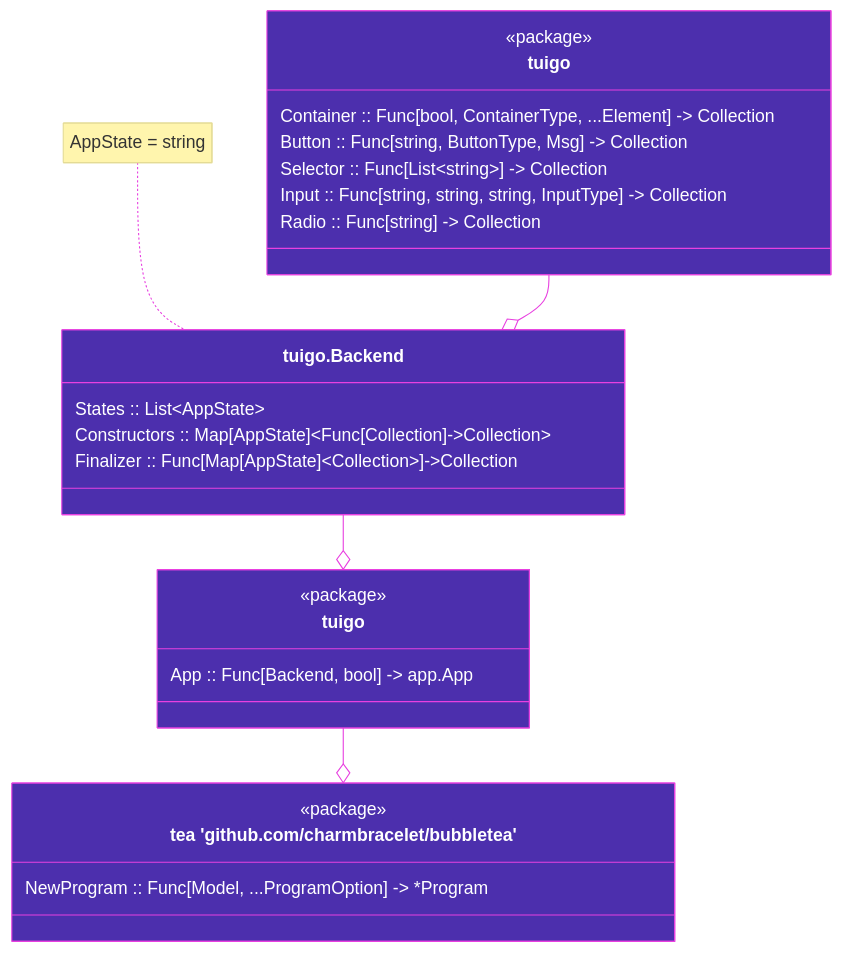
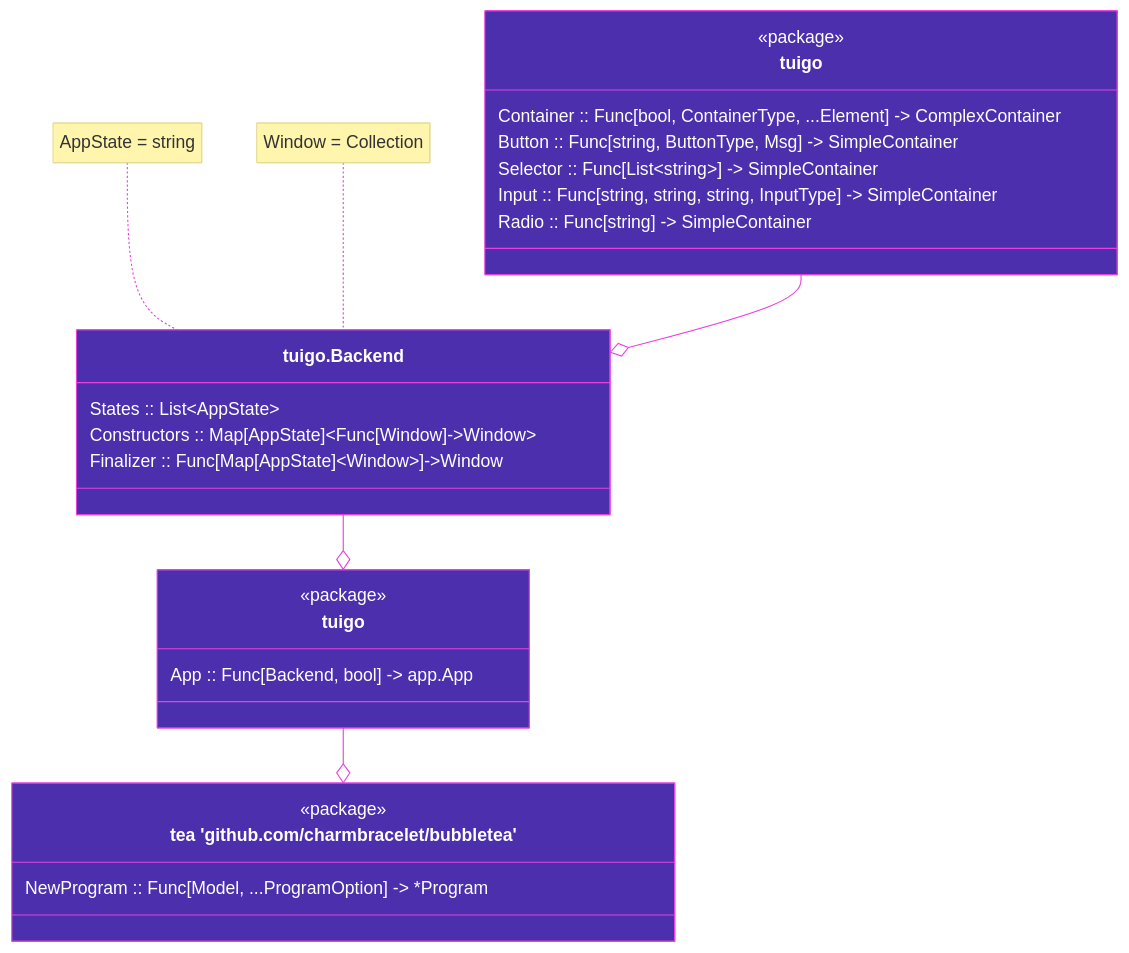
One commit to haykh/tuigo changed the first of 3 diagrams in README.md. Above: the diagram before and after it, drawn with Mermaid. The commit also changed other lines of this file and 20 other files, not shown here.

Commit message:
simple/complex containers separated + new aliases

````diff
--- a/README.md
+++ b/README.md
@@ -15,45 +15,46 @@
 ```mermaid
 %%{
   init: {
     'theme': 'base',
     'themeVariables': {
         'fontFamily': 'JetBrainsMono Nerd Font, BlexMono Nerd Font, Roboto Mono, Source Code Pro, monospace',
         'primaryColor': '#4C2FAD',
         'primaryTextColor': '#FFFFFF',
         'lineColor': '#E840E0',
         'primaryBorderColor': '#E840E0'
       }
     }
 }%%
 
 classDiagram
   class tuigo {
     <<package>>
-    Container :: Func[bool, ContainerType, ...Element] -> Collection
-    Button :: Func[string, ButtonType, Msg] -> Collection
-    Selector :: Func[List~string~] -> Collection
-    Input :: Func[string, string, string, InputType] -> Collection
-    Radio :: Func[string] -> Collection
+    Container :: Func[bool, ContainerType, ...Element] -> ComplexContainer
+    Button :: Func[string, ButtonType, Msg] -> SimpleContainer
+    Selector :: Func[List~string~] -> SimpleContainer
+    Input :: Func[string, string, string, InputType] -> SimpleContainer
+    Radio :: Func[string] -> SimpleContainer
   }
 
   class Backend["tuigo.Backend"]{
     States :: List~AppState~
-    Constructors :: Map[AppState]~Func[Collection]->Collection~
-    Finalizer :: Func[Map[AppState]~Collection~]->Collection
+    Constructors :: Map[AppState]~Func[Window]->Window~
+    Finalizer :: Func[Map[AppState]~Window~]->Window
   }
 
   class NewApp["tuigo"] {
     <<package>>
     App :: Func[Backend, bool] -> app.App
   }
   note for Backend "AppState = string"
+  note for Backend "Window = Collection"
 
   class tea["tea 'github.com/charmbracelet/bubbletea'"] {
     <<package>>
     NewProgram :: Func[Model, ...ProgramOption] -> *Program
   }
 
   tuigo --o Backend
   NewApp --o tea
   Backend --o NewApp
 ```
````
